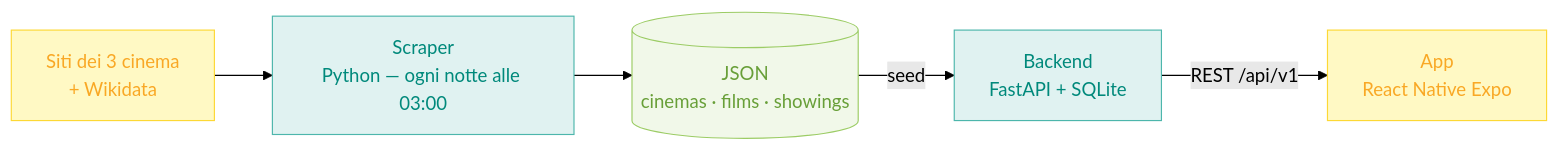
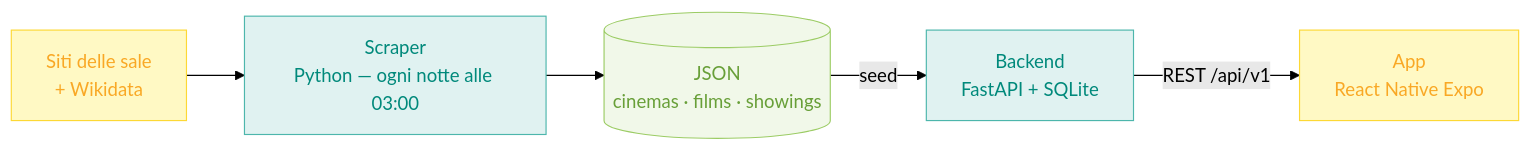
One commit to Jysek/CinePosto changed the diagram in docs/panoramica.md. Above: the diagram before and after it, drawn with Mermaid (forest theme). The commit also changed other lines of this file and 11 other files, not shown here.

````diff
--- a/docs/panoramica.md
+++ b/docs/panoramica.md
@@ -15,17 +15,17 @@
 ```mermaid
 flowchart LR
-    SITI["Siti dei 3 cinema<br>+ Wikidata"]
+    SITI["Siti delle sale<br>+ Wikidata"]
     SCRAPER["Scraper<br>Python — ogni notte alle 03:00"]
     JSON[("JSON<br>cinemas · films · showings")]
     BACKEND["Backend<br>FastAPI + SQLite"]
     APP["App<br>React Native Expo"]
 
     SITI --> SCRAPER --> JSON -->|seed| BACKEND -->|REST /api/v1| APP
 
     classDef process fill:#E0F2F1,stroke:#4DB6AC,color:#00897B
     classDef storage fill:#F1F8E9,stroke:#9CCC65,color:#689F38
     classDef api fill:#FFF9C4,stroke:#FDD835,color:#F9A825
     class SCRAPER,BACKEND process
     class JSON storage
     class SITI,APP api
 ```
````
